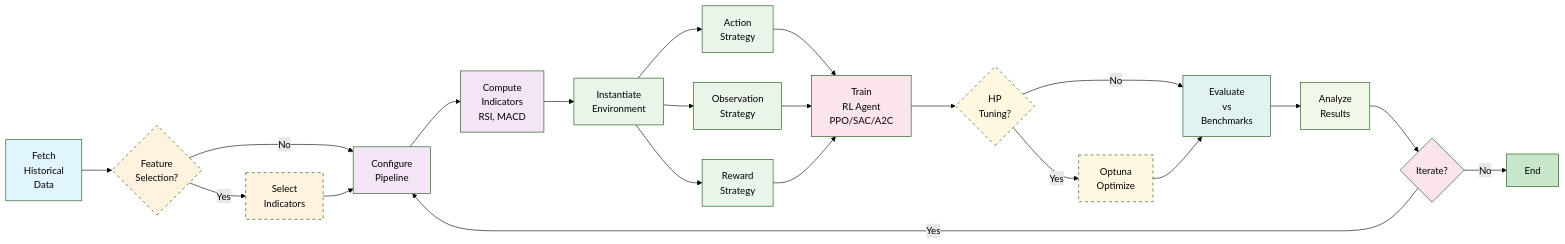
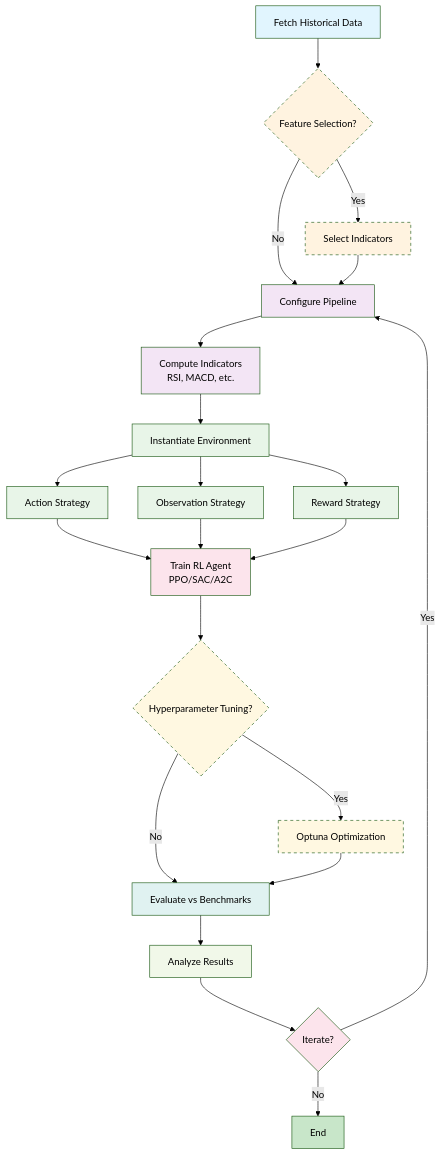
One commit to whanyu1212/QuantRL-Lab changed the first of 9 diagrams in README.md. Above: the diagram before and after it, drawn with Mermaid (forest theme).

Commit message:
update workflow diagram

````diff
--- a/README.md
+++ b/README.md
@@ -61,52 +61,52 @@
 ```mermaid
-flowchart LR
-    A[Fetch<br/>Historical<br/>Data] --> B{Feature<br/>Selection?}
+flowchart TD
+    A[Fetch Historical Data] --> B{Feature Selection?}
 
-    B -->|Yes| C[Select<br/>Indicators]
-    B -->|No| D[Configure<br/>Pipeline]
+    B -->|Yes| C[Select Indicators]
+    B -->|No| D[Configure Pipeline]
     C --> D
 
-    D --> E[Compute<br/>Indicators<br/>RSI, MACD]
+    D --> E[Compute Indicators<br/>RSI, MACD, etc.]
 
-    E --> F[Instantiate<br/>Environment]
+    E --> F[Instantiate Environment]
 
-    F --> G[Action<br/>Strategy]
-    F --> H[Observation<br/>Strategy]
-    F --> I[Reward<br/>Strategy]
+    F --> G[Action Strategy]
+    F --> H[Observation Strategy]
+    F --> I[Reward Strategy]
 
-    G --> J[Train<br/>RL Agent<br/>PPO/SAC/A2C]
+    G --> J[Train RL Agent<br/>PPO/SAC/A2C]
     H --> J
     I --> J
 
-    J --> K{HP<br/>Tuning?}
+    J --> K{Hyperparameter Tuning?}
 
-    K -->|Yes| L[Optuna<br/>Optimize]
-    K -->|No| M[Evaluate<br/>vs<br/>Benchmarks]
+    K -->|Yes| L[Optuna Optimization]
+    K -->|No| M[Evaluate vs Benchmarks]
     L --> M
 
-    M --> N[Analyze<br/>Results]
+    M --> N[Analyze Results]
     N --> O{Iterate?}
 
     O -->|Yes| D
     O -->|No| P[End]
 
     style A fill:#e1f5fe
     style B fill:#fff3e0
     style C fill:#fff3e0
     style D fill:#f3e5f5
     style E fill:#f3e5f5
     style F fill:#e8f5e8
     style G fill:#e8f5e8
     style H fill:#e8f5e8
     style I fill:#e8f5e8
     style J fill:#fce4ec
     style K fill:#fff8e1
     style L fill:#fff8e1
     style M fill:#e0f2f1
     style N fill:#f1f8e9
     style O fill:#fce4ec
     style P fill:#c8e6c9
 
     classDef optional stroke-dasharray: 5 5
     class B,C,K,L optional
 ```
````
